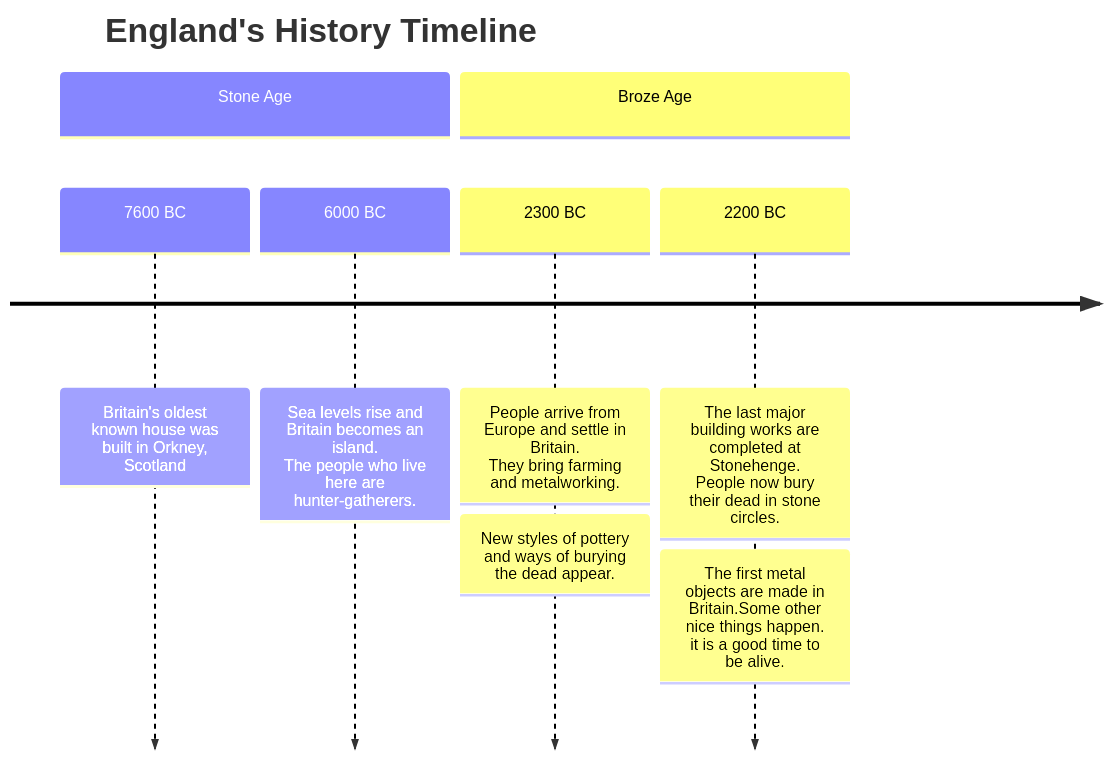
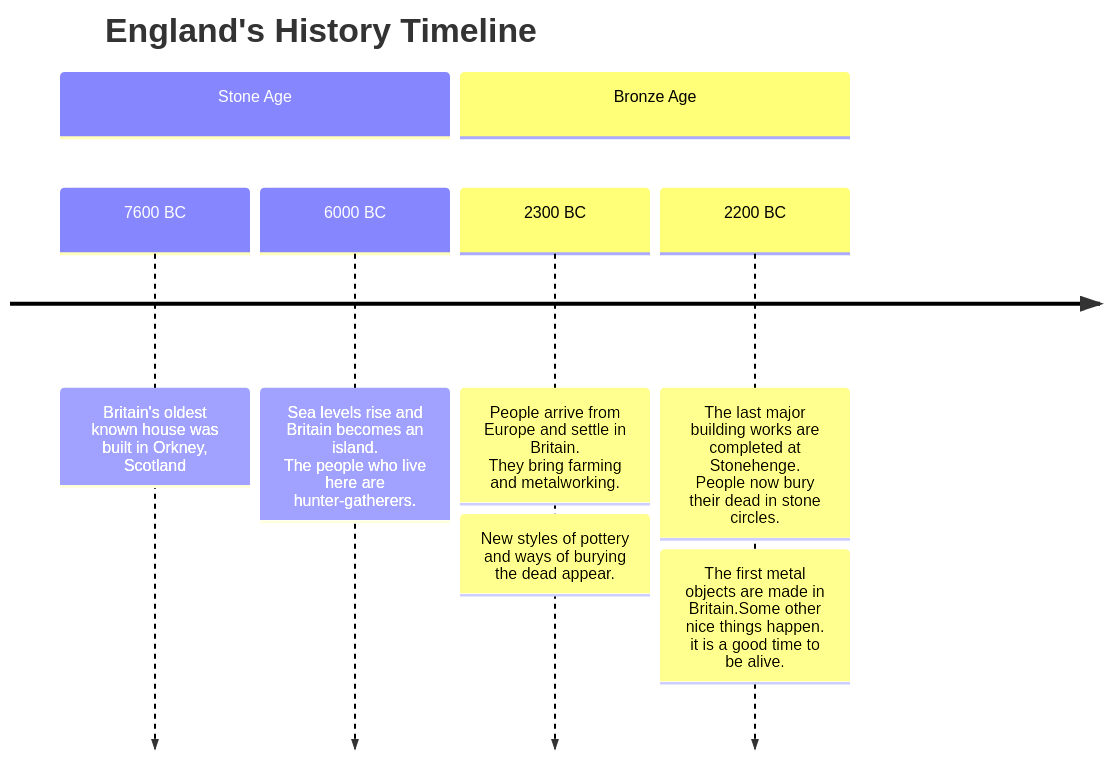
Before and after one commit to mermaid-js/mermaid: the fourth of 13 diagrams in docs/syntax/timeline.md, drawn with Mermaid. The commit also changed other lines of this file, not shown here.

Commit message:
Run docs:build

````diff
--- a/docs/syntax/timeline.md
+++ b/docs/syntax/timeline.md
@@ -148,13 +148,13 @@
 ```mermaid
 timeline
         title England's History Timeline
         section Stone Age
           7600 BC : Britain's oldest known house was built in Orkney, Scotland
           6000 BC : Sea levels rise and Britain becomes an island.<br> The people who live here are hunter-gatherers.
-        section Broze Age
+        section Bronze Age
           2300 BC : People arrive from Europe and settle in Britain. <br>They bring farming and metalworking.
                   : New styles of pottery and ways of burying the dead appear.
           2200 BC : The last major building works are completed at Stonehenge.<br> People now bury their dead in stone circles.
                   : The first metal objects are made in Britain.Some other nice things happen. it is a good time to be alive.
 
 ```
````
